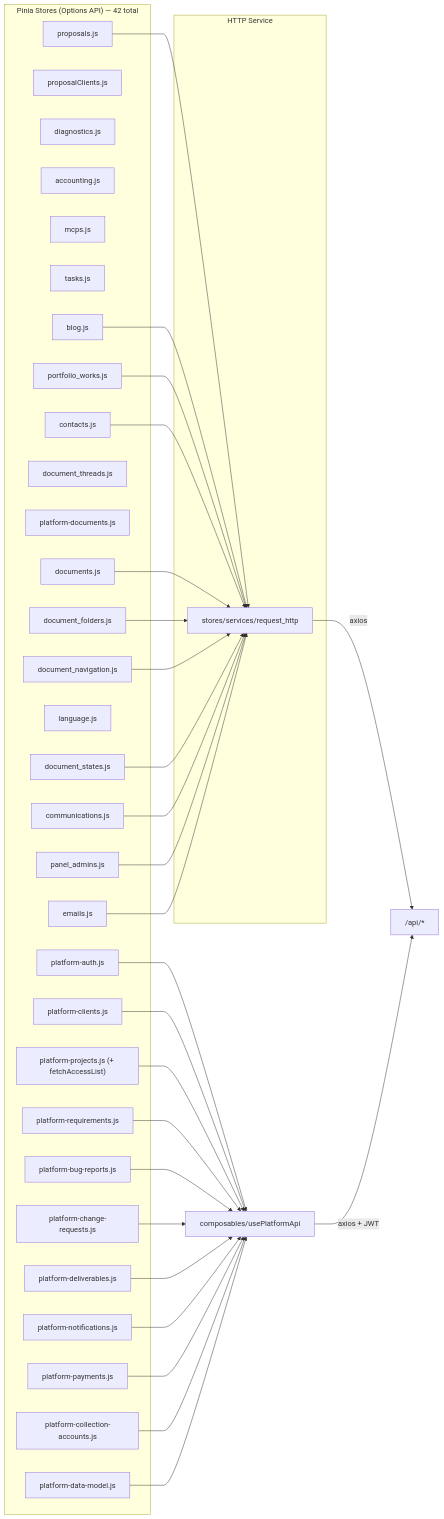
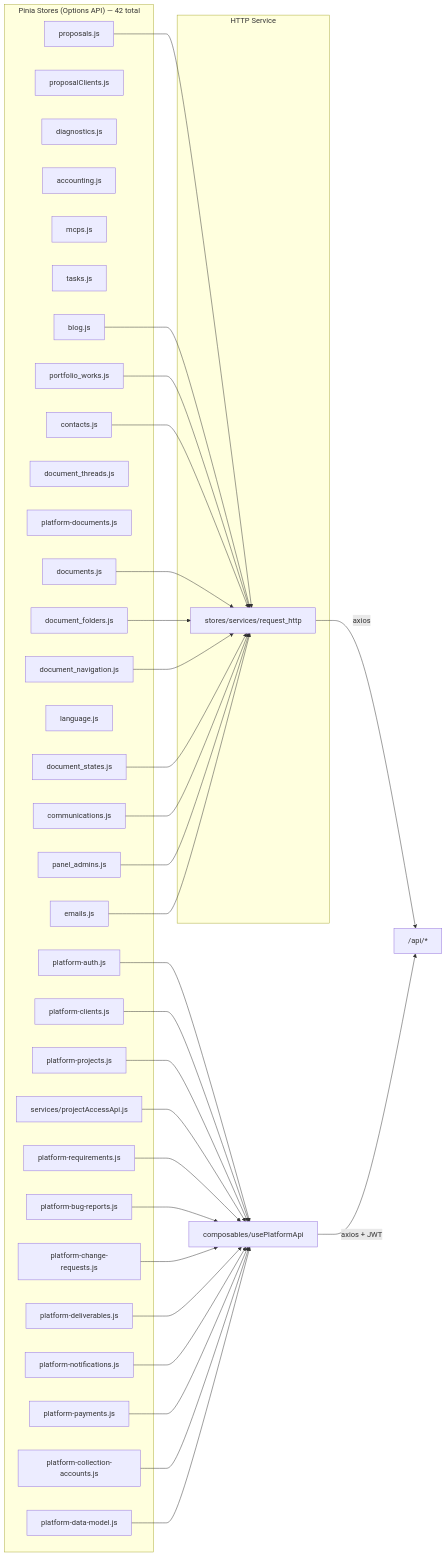
Before and after one commit to gustavop-dev/projectapp: diagram 11 of 23 in docs/methodology/architecture.md, drawn with Mermaid. The commit also changed other lines of this file and 64 other files, not shown here.

First line of the commit message:
feat: add secure project access details (#383)

````diff
--- a/docs/methodology/architecture.md
+++ b/docs/methodology/architecture.md
@@ -971,65 +987,67 @@
 ```mermaid
 flowchart LR
     subgraph Stores["Pinia Stores (Options API) — 42 total"]
         ProposalStore["proposals.js"]
         ProposalClientsStore["proposalClients.js"]
         DiagnosticsStore["diagnostics.js"]
         AccountingStore["accounting.js"]
         McpsStore["mcps.js"]
         TasksStore["tasks.js"]
         DocumentFoldersStore["document_folders.js"]
         DocumentNavigationStore["document_navigation.js"]
         DocumentStatesStore["document_states.js"]
         DocumentThreadsStore["document_threads.js"]
         PlatformDocumentsStore["platform-documents.js"]
         BlogStore["blog.js"]
         PortfolioStore["portfolio_works.js"]
         ContactStore["contacts.js"]
         LanguageStore["language.js"]
         DocumentStore["documents.js"]
         CommunicationsStore["communications.js"]
         PanelAdmins["panel_admins.js"]
         PlatformAuth["platform-auth.js"]
         PlatformClients["platform-clients.js"]
-        PlatformProjects["platform-projects.js (+ fetchAccessList)"]
+        PlatformProjects["platform-projects.js"]
+        ProjectAccessTransport["services/projectAccessApi.js"]
         PlatformRequirements["platform-requirements.js"]
         PlatformBugReports["platform-bug-reports.js"]
         PlatformChangeRequests["platform-change-requests.js"]
         PlatformDeliverables["platform-deliverables.js"]
         PlatformNotifications["platform-notifications.js"]
         PlatformPayments["platform-payments.js"]
         PlatformCollectionAccounts["platform-collection-accounts.js"]
         PlatformDataModel["platform-data-model.js"]
         EmailsStore["emails.js"]
     end
 
     subgraph HTTP["HTTP Service"]
         RequestHTTP["stores/services/request_http"]
     end
 
     ProposalStore --> RequestHTTP
     BlogStore --> RequestHTTP
     PortfolioStore --> RequestHTTP
     ContactStore --> RequestHTTP
     DocumentStore --> RequestHTTP
     DocumentFoldersStore --> RequestHTTP
     DocumentNavigationStore --> RequestHTTP
     DocumentStatesStore --> RequestHTTP
     CommunicationsStore --> RequestHTTP
     PanelAdmins --> RequestHTTP
     PlatformAuth --> PlatformHTTP["composables/usePlatformApi"]
     PlatformClients --> PlatformHTTP
     PlatformProjects --> PlatformHTTP
+    ProjectAccessTransport --> PlatformHTTP
     PlatformRequirements --> PlatformHTTP
     PlatformBugReports --> PlatformHTTP
     PlatformChangeRequests --> PlatformHTTP
     PlatformDeliverables --> PlatformHTTP
     PlatformNotifications --> PlatformHTTP
     PlatformPayments --> PlatformHTTP
     PlatformCollectionAccounts --> PlatformHTTP
     PlatformDataModel --> PlatformHTTP
     EmailsStore --> RequestHTTP
 
     RequestHTTP -->|axios| API["/api/*"]
     PlatformHTTP -->|axios + JWT| API
 ```
````
